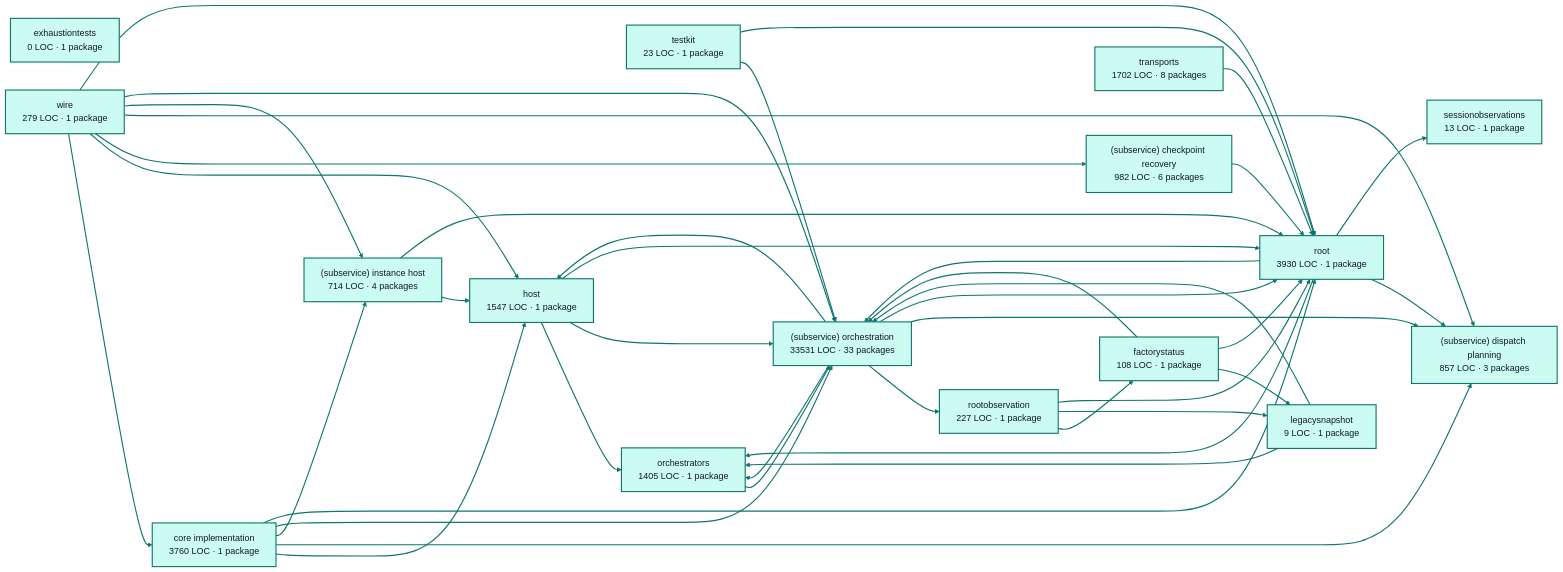
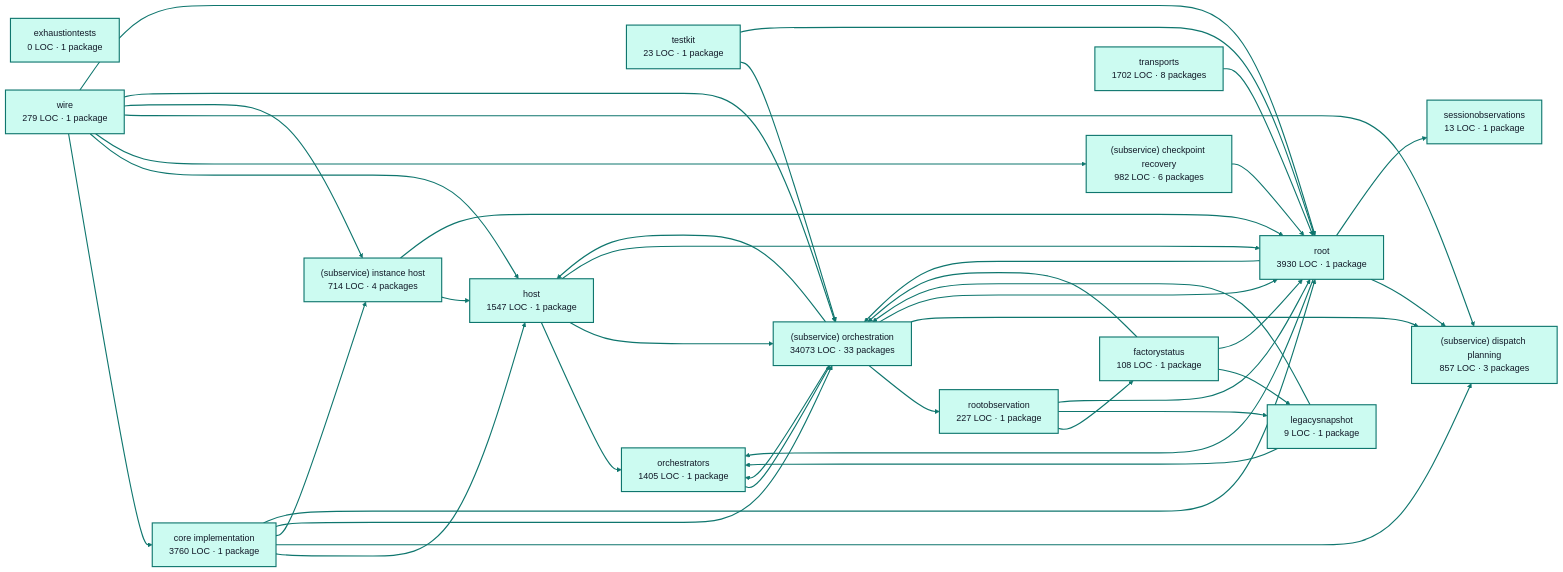
One commit to portpowered/you-agent-factory changed the diagram in docs/architecture/visualizations/services/factory_runtime.md. Above: the diagram before and after it, drawn with Mermaid (neutral theme). The commit also changed other lines of this file and 20 other files, not shown here.

Commit message:
docs: refresh backend architecture visualizations

````diff
--- a/docs/architecture/visualizations/services/factory_runtime.md
+++ b/docs/architecture/visualizations/services/factory_runtime.md
@@ -11,75 +11,75 @@
 ```mermaid
 flowchart LR
   p0["core implementation<br/>3760 LOC · 1 package"]
   p1["exhaustiontests<br/>0 LOC · 1 package"]
   p2["factorystatus<br/>108 LOC · 1 package"]
   p3["host<br/>1547 LOC · 1 package"]
   p4["legacysnapshot<br/>9 LOC · 1 package"]
   p5["orchestrators<br/>1405 LOC · 1 package"]
   p6["rootobservation<br/>227 LOC · 1 package"]
   p7["(subservice) checkpoint recovery<br/>982 LOC · 6 packages"]
   p8["(subservice) dispatch planning<br/>857 LOC · 3 packages"]
   p9["(subservice) instance host<br/>714 LOC · 4 packages"]
-  p10["(subservice) orchestration<br/>33531 LOC · 33 packages"]
+  p10["(subservice) orchestration<br/>34073 LOC · 33 packages"]
   p11["sessionobservations<br/>13 LOC · 1 package"]
   p12["testkit<br/>23 LOC · 1 package"]
   p13["root<br/>3930 LOC · 1 package"]
   p14["transports<br/>1702 LOC · 8 packages"]
   p15["wire<br/>279 LOC · 1 package"]
   p0 --> p3
   p0 --> p8
   p0 --> p9
   p0 --> p10
   p0 --> p13
   p2 --> p4
   p2 --> p10
   p2 --> p13
   p3 --> p5
   p3 --> p10
   p3 --> p13
   p4 --> p5
   p4 --> p10
   p5 --> p10
   p6 --> p2
   p6 --> p4
   p6 --> p13
   p7 --> p13
   p9 --> p3
   p9 --> p13
   p10 --> p3
   p10 --> p5
   p10 --> p6
   p10 --> p8
   p10 --> p13
   p12 --> p10
   p12 --> p13
   p13 --> p5
   p13 --> p8
   p13 --> p10
   p13 --> p11
   p14 --> p13
   p15 --> p0
   p15 --> p3
   p15 --> p7
   p15 --> p8
   p15 --> p9
   p15 --> p10
   p15 --> p13
   style p0 fill:#ccfbf1,stroke:#0f766e,stroke-width:2px,color:#111827
   style p1 fill:#ccfbf1,stroke:#0f766e,stroke-width:2px,color:#111827
   style p2 fill:#ccfbf1,stroke:#0f766e,stroke-width:2px,color:#111827
   style p3 fill:#ccfbf1,stroke:#0f766e,stroke-width:2px,color:#111827
   style p4 fill:#ccfbf1,stroke:#0f766e,stroke-width:2px,color:#111827
   style p5 fill:#ccfbf1,stroke:#0f766e,stroke-width:2px,color:#111827
   style p6 fill:#ccfbf1,stroke:#0f766e,stroke-width:2px,color:#111827
   style p7 fill:#ccfbf1,stroke:#0f766e,stroke-width:2px,color:#111827
   style p8 fill:#ccfbf1,stroke:#0f766e,stroke-width:2px,color:#111827
   style p9 fill:#ccfbf1,stroke:#0f766e,stroke-width:2px,color:#111827
   style p10 fill:#ccfbf1,stroke:#0f766e,stroke-width:2px,color:#111827
   style p11 fill:#ccfbf1,stroke:#0f766e,stroke-width:2px,color:#111827
   style p12 fill:#ccfbf1,stroke:#0f766e,stroke-width:2px,color:#111827
   style p13 fill:#ccfbf1,stroke:#0f766e,stroke-width:2px,color:#111827
   style p14 fill:#ccfbf1,stroke:#0f766e,stroke-width:2px,color:#111827
   style p15 fill:#ccfbf1,stroke:#0f766e,stroke-width:2px,color:#111827
   linkStyle default stroke:#0f766e,stroke-width:2px
 ```
````
